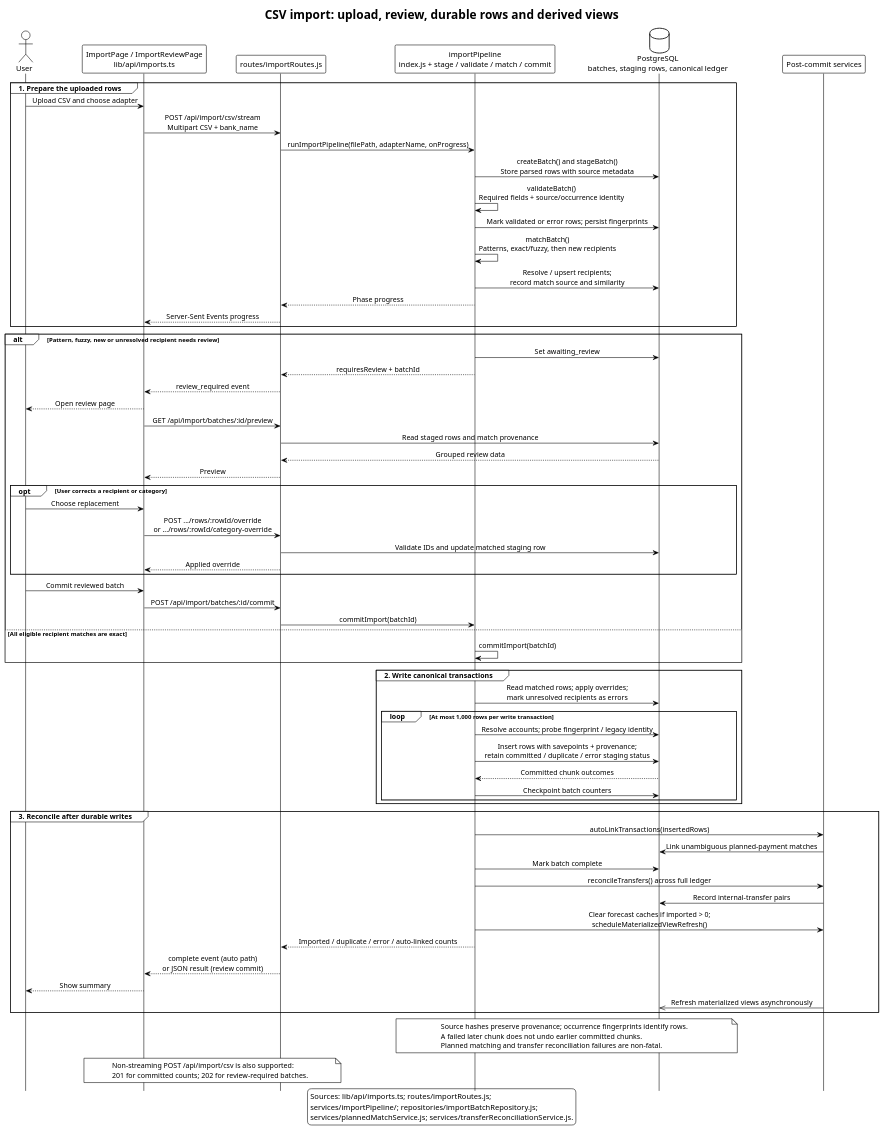
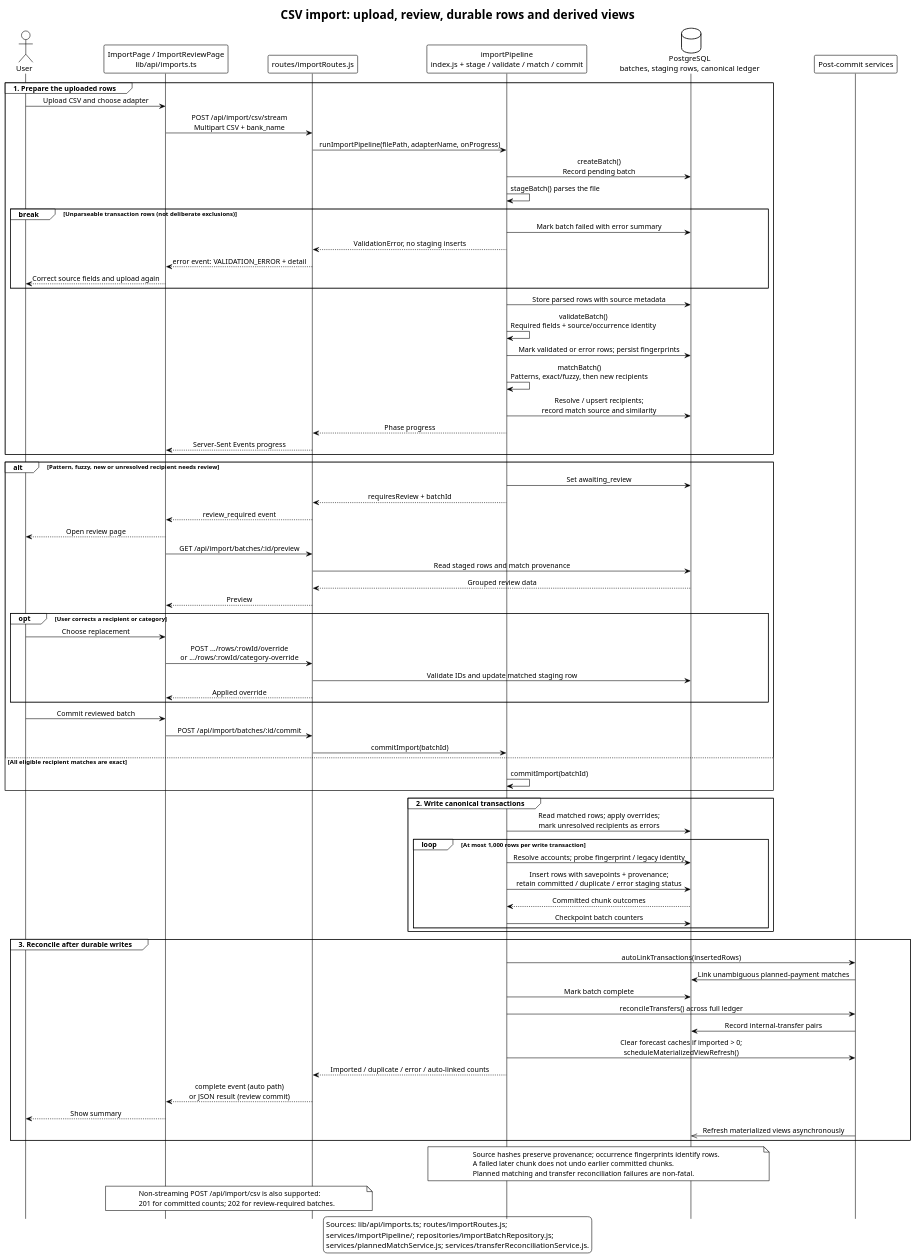
One commit to EraPartner/Vision changed the diagram in docs/diagrams/import-sequence.puml. Above: the diagram before and after it, drawn with PlantUML. The commit also changed 52 other files, not shown here.

First line of the commit message:
fix: reject unparseable import files, Unicode recipient search, form validation (#253)

```diff
--- a/docs/diagrams/import-sequence.puml
+++ b/docs/diagrams/import-sequence.puml
@@ -1,91 +1,99 @@
 @startuml import-sequence
 title CSV import: upload, review, durable rows and derived views
 
 !theme plain
 hide footbox
 skinparam participantPadding 15
 skinparam sequenceMessageAlign center
 
 actor User
 participant "ImportPage / ImportReviewPage\nlib/api/imports.ts" as Frontend
 participant "routes/importRoutes.js" as Route
 participant "importPipeline\nindex.js + stage / validate / match / commit" as Pipeline
 database "PostgreSQL\nbatches, staging rows, canonical ledger" as DB
 participant "Post-commit services" as Derived
 
 group 1. Prepare the uploaded rows
   User -> Frontend : Upload CSV and choose adapter
   Frontend -> Route : POST /api/import/csv/stream\nMultipart CSV + bank_name
   Route -> Pipeline : runImportPipeline(filePath, adapterName, onProgress)
-  Pipeline -> DB : createBatch() and stageBatch()\nStore parsed rows with source metadata
+  Pipeline -> DB : createBatch()\nRecord pending batch
+  Pipeline -> Pipeline : stageBatch() parses the file
+  break Unparseable transaction rows (not deliberate exclusions)
+    Pipeline -> DB : Mark batch failed with error summary
+    Pipeline --> Route : ValidationError, no staging inserts
+    Route --> Frontend : error event: VALIDATION_ERROR + detail
+    Frontend --> User : Correct source fields and upload again
+  end
+  Pipeline -> DB : Store parsed rows with source metadata
   Pipeline -> Pipeline : validateBatch()\nRequired fields + source/occurrence identity
   Pipeline -> DB : Mark validated or error rows; persist fingerprints
   Pipeline -> Pipeline : matchBatch()\nPatterns, exact/fuzzy, then new recipients
   Pipeline -> DB : Resolve / upsert recipients;\nrecord match source and similarity
   Pipeline --> Route : Phase progress
   Route --> Frontend : Server-Sent Events progress
 end
 
 alt Pattern, fuzzy, new or unresolved recipient needs review
   Pipeline -> DB : Set awaiting_review
   Pipeline --> Route : requiresReview + batchId
   Route --> Frontend : review_required event
   Frontend --> User : Open review page
   Frontend -> Route : GET /api/import/batches/:id/preview
   Route -> DB : Read staged rows and match provenance
   DB --> Route : Grouped review data
   Route --> Frontend : Preview
   opt User corrects a recipient or category
     User -> Frontend : Choose replacement
     Frontend -> Route : POST .../rows/:rowId/override\nor .../rows/:rowId/category-override
     Route -> DB : Validate IDs and update matched staging row
     Route --> Frontend : Applied override
   end
   User -> Frontend : Commit reviewed batch
   Frontend -> Route : POST /api/import/batches/:id/commit
   Route -> Pipeline : commitImport(batchId)
 else All eligible recipient matches are exact
   Pipeline -> Pipeline : commitImport(batchId)
 end
 
 group 2. Write canonical transactions
   Pipeline -> DB : Read matched rows; apply overrides;\nmark unresolved recipients as errors
   loop At most 1,000 rows per write transaction
     Pipeline -> DB : Resolve accounts; probe fingerprint / legacy identity
     Pipeline -> DB : Insert rows with savepoints + provenance;\nretain committed / duplicate / error staging status
     DB --> Pipeline : Committed chunk outcomes
     Pipeline -> DB : Checkpoint batch counters
   end
 end
 
 group 3. Reconcile after durable writes
   Pipeline -> Derived : autoLinkTransactions(insertedRows)
   Derived -> DB : Link unambiguous planned-payment matches
   Pipeline -> DB : Mark batch complete
   Pipeline -> Derived : reconcileTransfers() across full ledger
   Derived -> DB : Record internal-transfer pairs
   Pipeline -> Derived : Clear forecast caches if imported > 0;\nscheduleMaterializedViewRefresh()
   Pipeline --> Route : Imported / duplicate / error / auto-linked counts
   Route --> Frontend : complete event (auto path)\nor JSON result (review commit)
   Frontend --> User : Show summary
   Derived ->> DB : Refresh materialized views asynchronously
 end
 
 note over Pipeline, DB
   Source hashes preserve provenance; occurrence fingerprints identify rows.
   A failed later chunk does not undo earlier committed chunks.
   Planned matching and transfer reconciliation failures are non-fatal.
 end note
 
 note over Frontend, Route
   Non-streaming POST /api/import/csv is also supported:
   201 for committed counts; 202 for review-required batches.
 end note
 
 legend bottom
   Sources: lib/api/imports.ts; routes/importRoutes.js;
   services/importPipeline/; repositories/importBatchRepository.js;
   services/plannedMatchService.js; services/transferReconciliationService.js.
 endlegend
 
 @enduml
```
